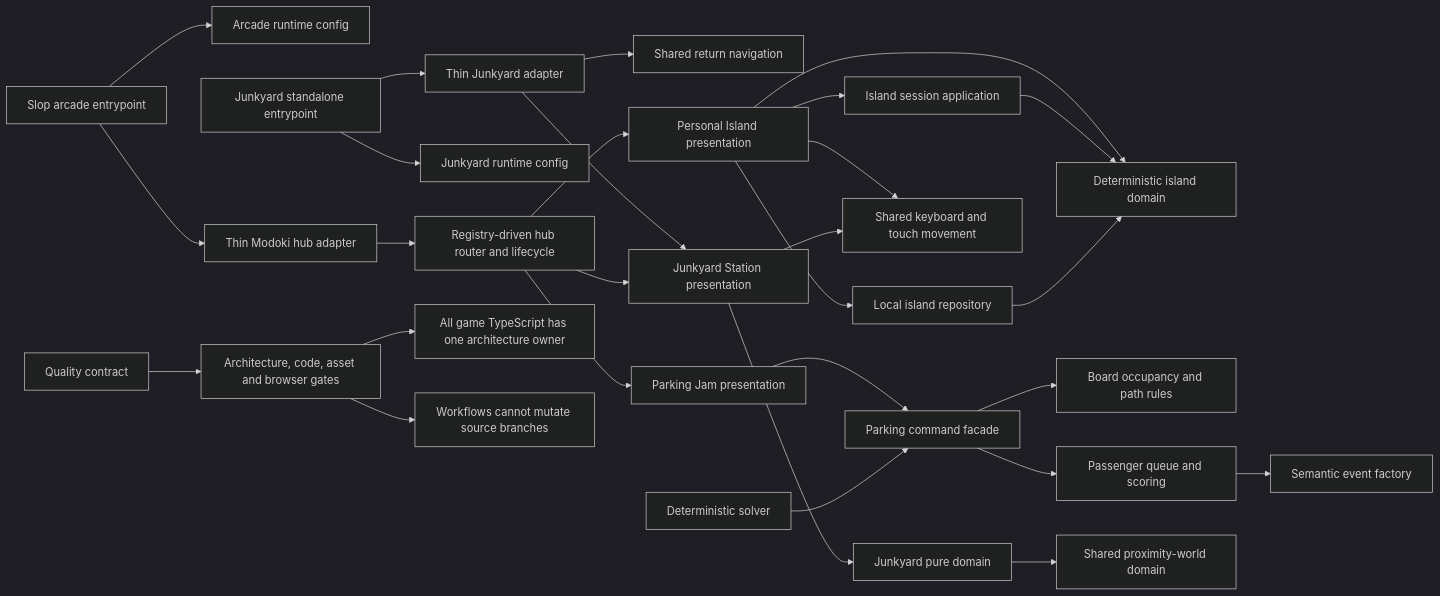
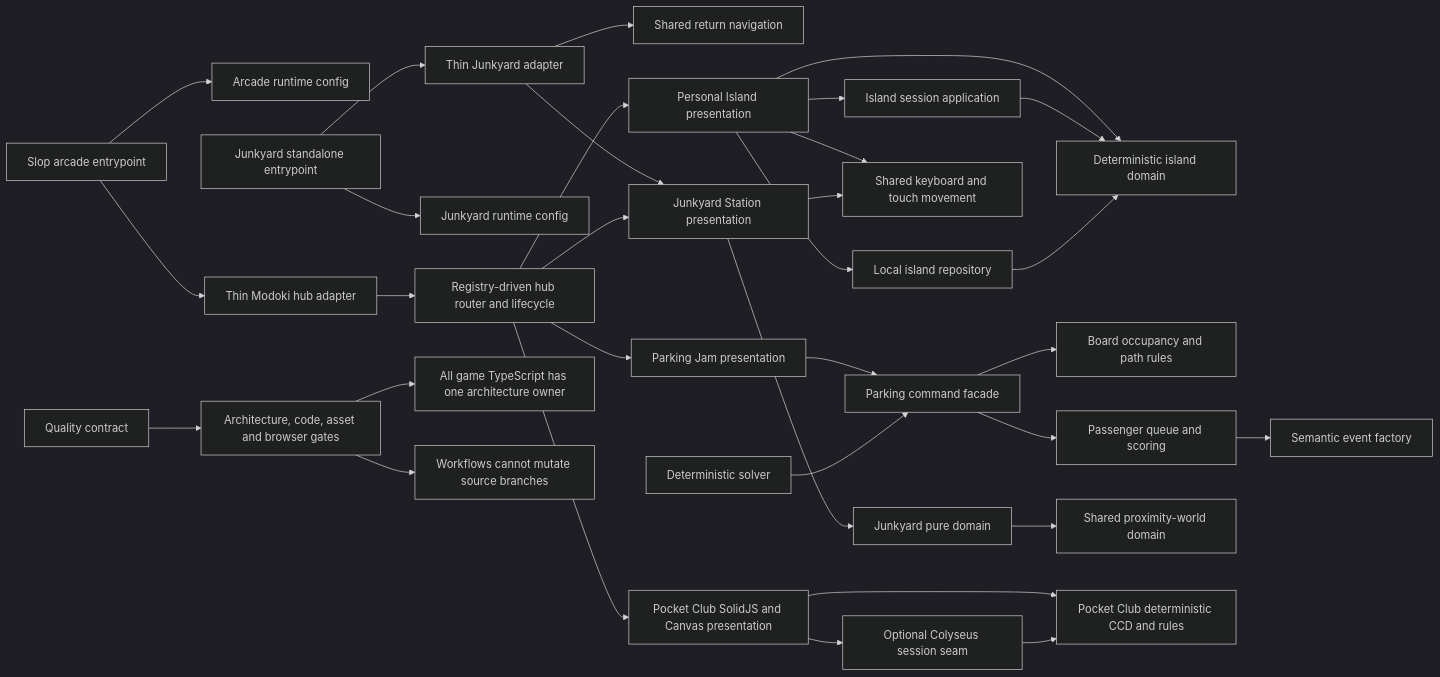
Before and after one commit to T-Damer/slop: the diagram in architecture/current.mmd, drawn with Mermaid (dark theme). The commit also changed 55 other files, not shown here.

Commit message:
feat: add clean-room Pocket Club billiards slice

```diff
--- a/architecture/current.mmd
+++ b/architecture/current.mmd
@@ -1,34 +1,39 @@
 flowchart LR
     ArcadeEntry[Slop arcade entrypoint] --> ArcadeConfig[Arcade runtime config]
     ArcadeEntry --> Adapter[Thin Modoki hub adapter]
     Adapter --> Hub[Registry-driven hub router and lifecycle]
 
     StandaloneEntry[Junkyard standalone entrypoint] --> StandaloneConfig[Junkyard runtime config]
     StandaloneEntry --> StandaloneAdapter[Thin Junkyard adapter]
     StandaloneAdapter --> GameShell[Shared return navigation]
     StandaloneAdapter --> JunkyardPresentation
 
     Hub --> IslandPresentation[Personal Island presentation]
     Hub --> ParkingPresentation[Parking Jam presentation]
     Hub --> JunkyardPresentation[Junkyard Station presentation]
+    Hub --> BilliardsPresentation[Pocket Club SolidJS and Canvas presentation]
 
     IslandPresentation --> IslandApplication[Island session application]
     IslandPresentation --> IslandStorage[Local island repository]
     IslandPresentation --> IslandDomain[Deterministic island domain]
     IslandPresentation --> PlayerInput[Shared keyboard and touch movement]
     IslandApplication --> IslandDomain
     IslandStorage --> IslandDomain
 
     ParkingPresentation --> ParkingRules[Parking command facade]
     ParkingRules --> ParkingBoard[Board occupancy and path rules]
     ParkingRules --> ParkingQueue[Passenger queue and scoring]
     ParkingQueue --> ParkingEvents[Semantic event factory]
     ParkingSolver[Deterministic solver] --> ParkingRules
 
     JunkyardPresentation --> JunkyardDomain[Junkyard pure domain]
     JunkyardPresentation --> PlayerInput
     JunkyardDomain --> ProximityDomain[Shared proximity-world domain]
 
     Quality[Quality contract] --> Tooling[Architecture, code, asset and browser gates]
     Tooling --> Coverage[All game TypeScript has one architecture owner]
     Tooling --> WorkflowBoundary[Workflows cannot mutate source branches]
+
+    BilliardsPresentation --> BilliardsDomain[Pocket Club deterministic CCD and rules]
+    BilliardsPresentation --> BilliardsNetwork[Optional Colyseus session seam]
+    BilliardsNetwork --> BilliardsDomain
```
